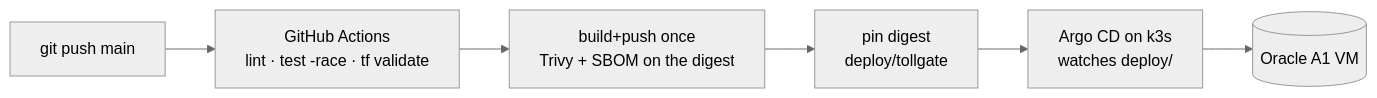
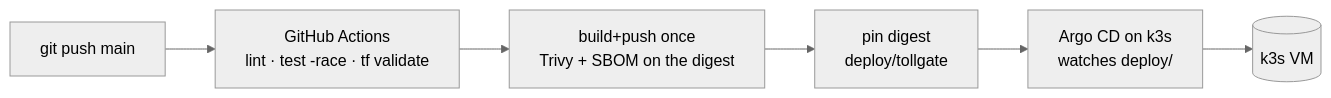
One commit to krishbansalofficial/tollgate changed the diagram in docs/DEPLOY.md. Above: the diagram before and after it, drawn with Mermaid (neutral theme). The commit also changed other lines of this file and 11 other files, not shown here.

````diff
--- a/docs/DEPLOY.md
+++ b/docs/DEPLOY.md
@@ -5,8 +5,8 @@
 ```mermaid
 flowchart LR
     dev[git push main] --> ci[GitHub Actions<br/>lint · test -race · tf validate]
     ci --> rel[build+push once<br/>Trivy + SBOM on the digest]
     rel --> bump[pin digest<br/>deploy/tollgate]
     bump --> argo[Argo CD on k3s<br/>watches deploy/]
-    argo --> k3s[(Oracle A1 VM)]
+    argo --> k3s[(k3s VM)]
 ```
````
